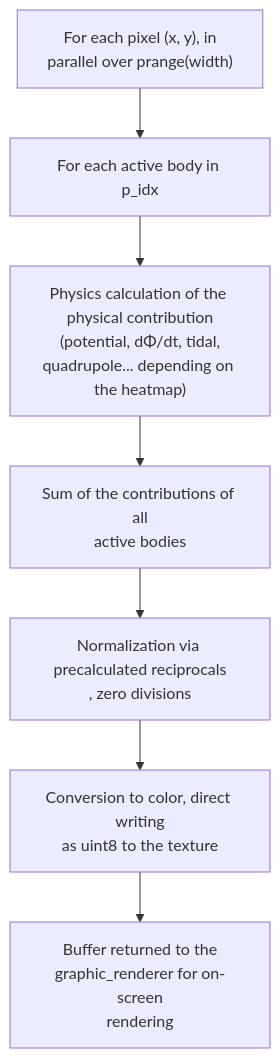
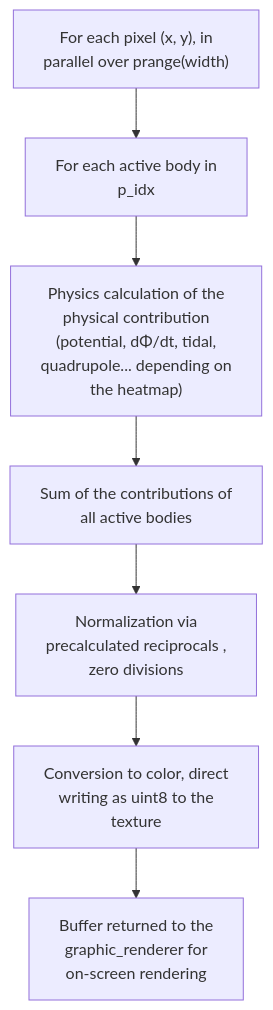
The fourth of 11 diagrams in ARCHITECTURE_DEEP_DIVE.md (alessandro-pioli/AstroCausal_Engine), drawn with Mermaid before and after one commit. The commit also changed other lines of this file and 2 other files, not shown here.

Commit message:
docs: leggibilita dei diagrammi e igiene del gitignore

````diff
--- a/ARCHITECTURE_DEEP_DIVE.md
+++ b/ARCHITECTURE_DEEP_DIVE.md
@@ -413,9 +413,9 @@
 ```mermaid
 flowchart TD
-    A["For each pixel (x, y), in<br/>parallel over prange(width)"] --> B["For each active body in p_idx"]
-    B --> C["Physics calculation of the physical contribution<br/>(potential, dΦ/dt, tidal,<br/>quadrupole... depending on the heatmap)"]
-    C --> D["Sum of the contributions of all<br/>active bodies"]
-    D --> E["Normalization via precalculated reciprocals<br/>, zero divisions"]
-    E --> F["Conversion to color, direct writing<br/>as uint8 to the texture"]
-    F --> G["Buffer returned to the<br/>graphic_renderer for on-screen<br/>rendering"]
+    A["For each pixel (x, y), in<br/>parallel over prange(width)"] --> B["For each active body in<br/>p_idx"]
+    B --> C["Physics calculation of the<br/>physical contribution<br/>(potential, dΦ/dt, tidal,<br/>quadrupole... depending on<br/>the heatmap)"]
+    C --> D["Sum of the contributions of<br/>all active bodies"]
+    D --> E["Normalization via<br/>precalculated reciprocals ,<br/>zero divisions"]
+    E --> F["Conversion to color, direct<br/>writing as uint8 to the<br/>texture"]
+    F --> G["Buffer returned to the<br/>graphic_renderer for<br/>on-screen rendering"]
 ```
````
